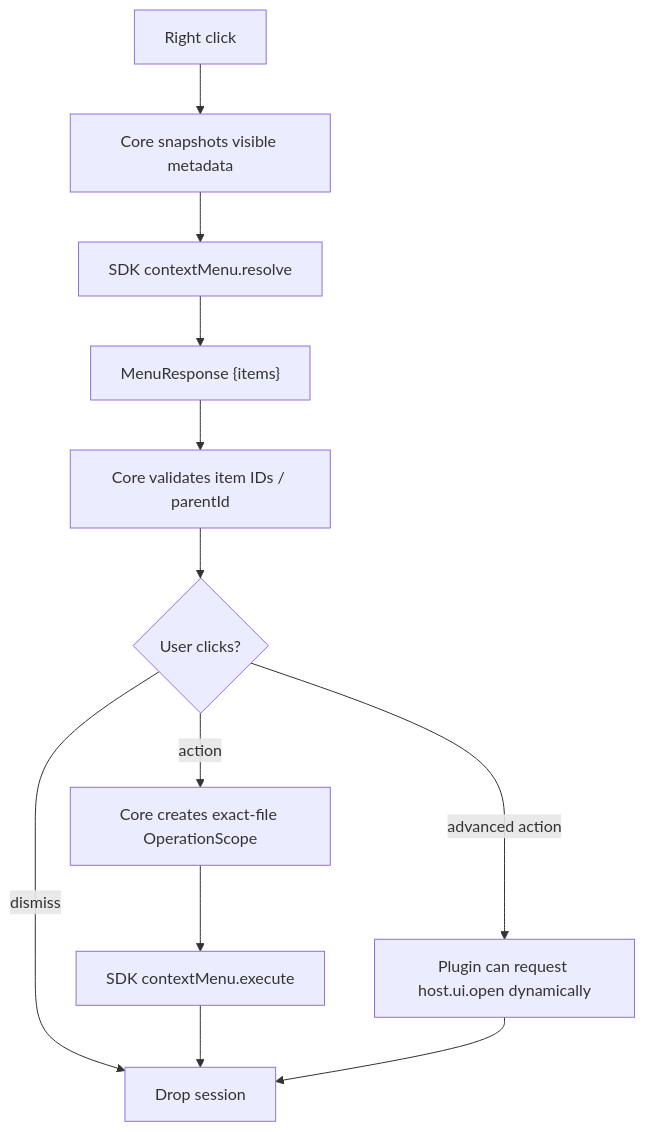
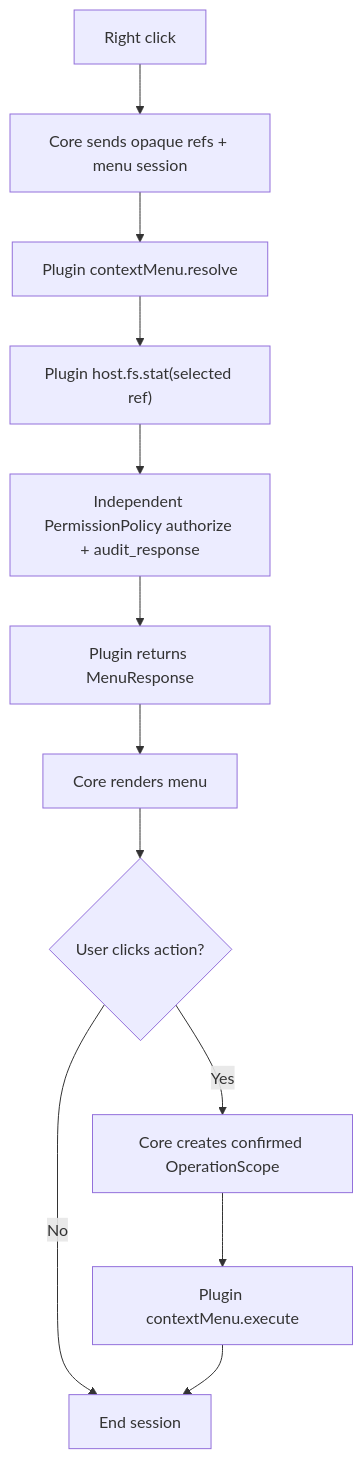
The first of 3 diagrams in docs/plugins/04-SDK-CATALOG.md (kevinhuang001/fiex), drawn with Mermaid before and after one commit. The commit also changed other lines of this file and 10 other files, not shown here.

Commit message:
docs: unify plugin event and scoped resource request flow

````diff
--- a/docs/plugins/04-SDK-CATALOG.md
+++ b/docs/plugins/04-SDK-CATALOG.md
@@ -95,14 +80,14 @@
 ```mermaid
 flowchart TD
-  User["Right click"] --> Core["Core snapshots visible metadata"]
-  Core --> Resolve["SDK contextMenu.resolve"]
-  Resolve --> Items["MenuResponse {items}"]
-  Items --> CoreBuild["Core validates item IDs / parentId"]
-  CoreBuild --> Select{"User clicks?"}
-  Select -->|action| Grant["Core creates exact-file OperationScope"]
-  Grant --> Execute["SDK contextMenu.execute"]
-  Select -->|advanced action| Panel["Plugin can request host.ui.open dynamically"]
-  Select -->|dismiss| End["Drop session"]
+  User["Right click"] --> Core["Core sends opaque refs + menu session"]
+  Core --> Resolve["Plugin contextMenu.resolve"]
+  Resolve --> Stat["Plugin host.fs.stat(selected ref)"]
+  Stat --> Audit["Independent PermissionPolicy authorize + audit_response"]
+  Audit --> Items["Plugin returns MenuResponse"]
+  Items --> Menu["Core renders menu"]
+  Menu --> Select{"User clicks action?"}
+  Select -->|Yes| Grant["Core creates confirmed OperationScope"]
+  Grant --> Execute["Plugin contextMenu.execute"]
+  Select -->|No| End["End session"]
   Execute --> End
-  Panel --> End
 ```
````
